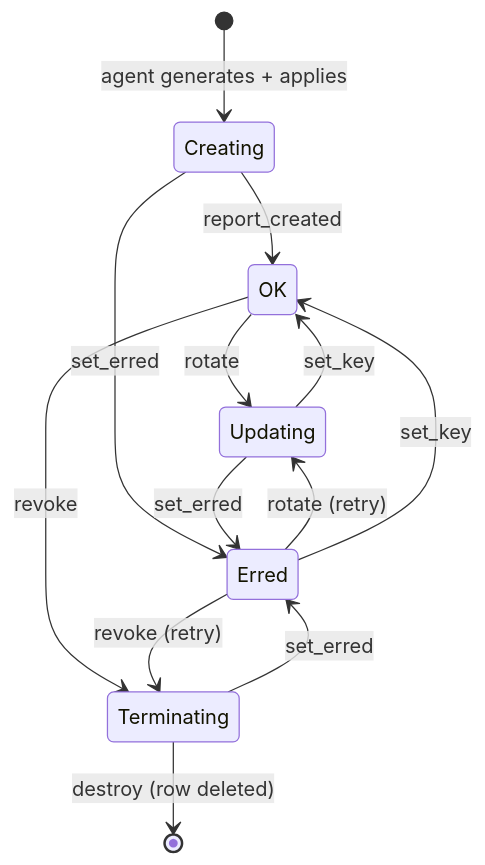
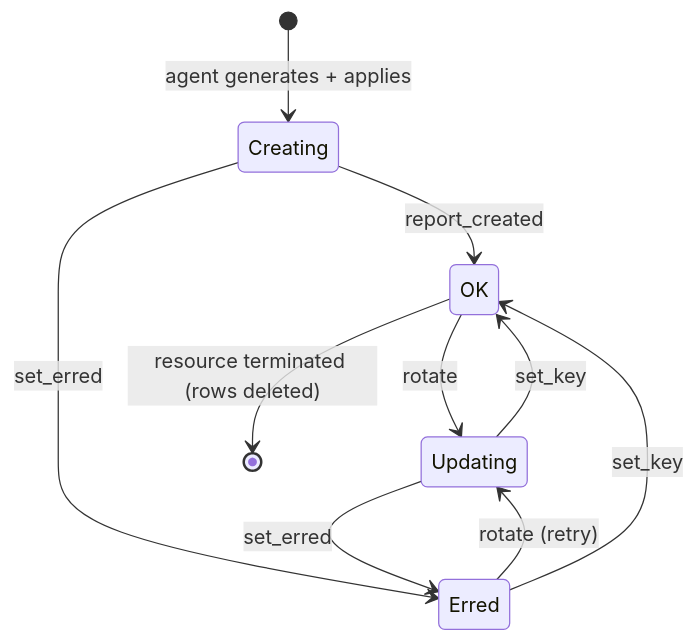
Before and after one commit to waldur/waldur-docs: the first of 2 diagrams in docs/developer-guide/resource-api-keys.md, drawn with Mermaid. The commit also changed other lines of this file and 35 other files, not shown here.

````diff
--- a/docs/developer-guide/resource-api-keys.md
+++ b/docs/developer-guide/resource-api-keys.md
@@ -102,15 +108,12 @@
 ```mermaid
 stateDiagram-v2
     [*] --> Creating: agent generates + applies
     Creating --> OK: report_created
     OK --> Updating: rotate
     Updating --> OK: set_key
-    OK --> Terminating: revoke
-    Terminating --> [*]: destroy (row deleted)
     Creating --> Erred: set_erred
     Updating --> Erred: set_erred
-    Terminating --> Erred: set_erred
     Erred --> Updating: rotate (retry)
-    Erred --> Terminating: revoke (retry)
     Erred --> OK: set_key
+    OK --> [*]: resource terminated (rows deleted)
 ```
````
